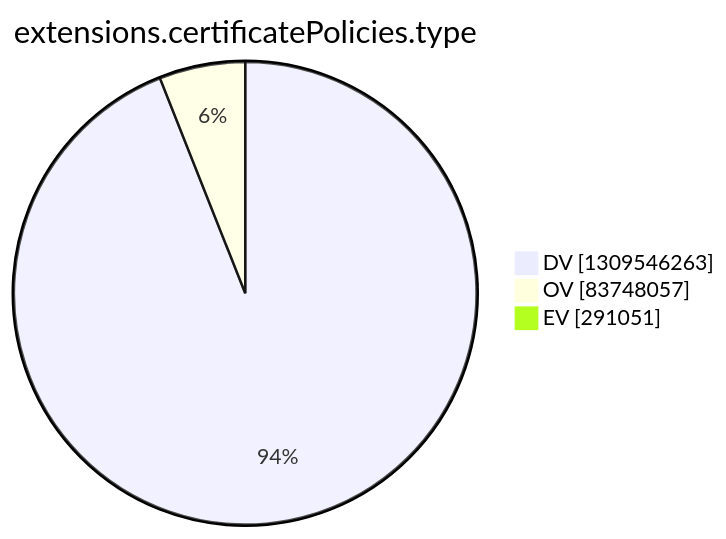
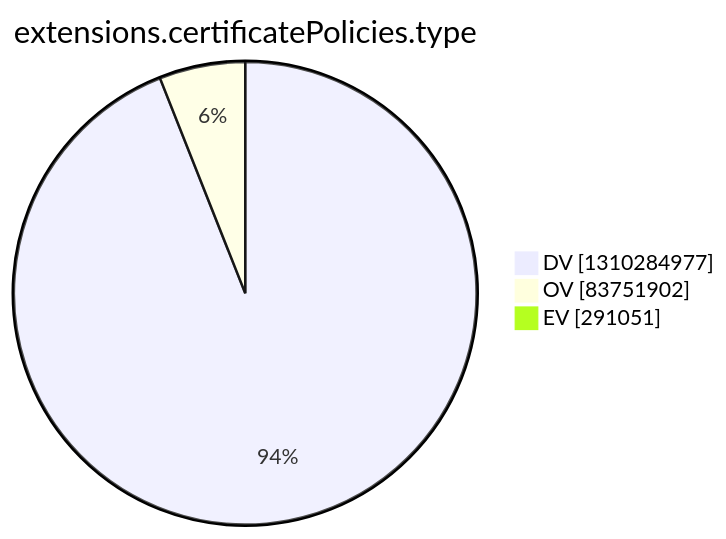
One commit to christiankrug/ctmonitor_visualization changed the tenth of 15 diagrams in argon2022/README.md. Above: the diagram before and after it, drawn with Mermaid. The commit also changed other lines of this file, not shown here.

````diff
--- a/argon2022/README.md
+++ b/argon2022/README.md
@@ -2772,7 +2772,7 @@
 ```mermaid
 pie showData
 title extensions.certificatePolicies.type
-"DV" :1309546263
-"OV" :83748057
+"DV" :1310284977
+"OV" :83751902
 "EV" :291051
 ```
````
